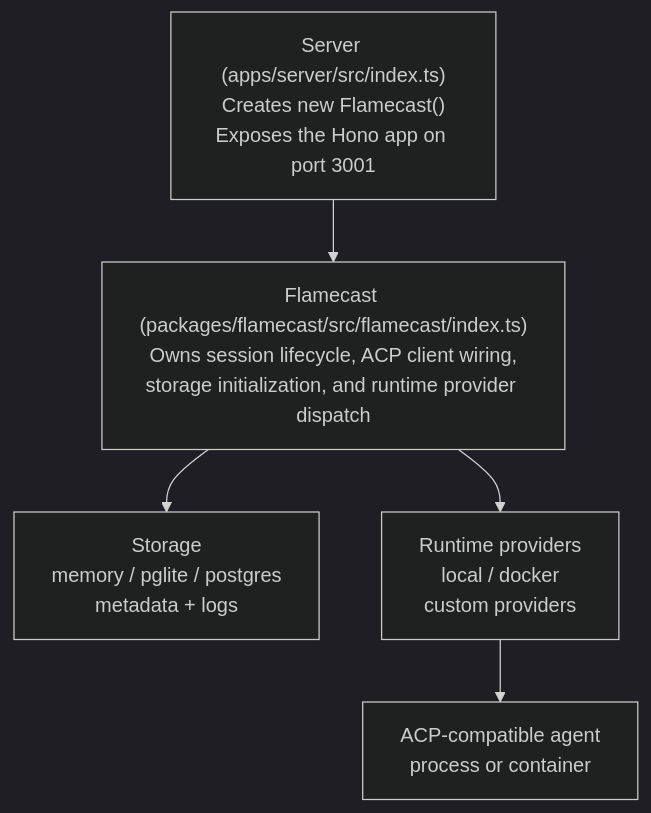
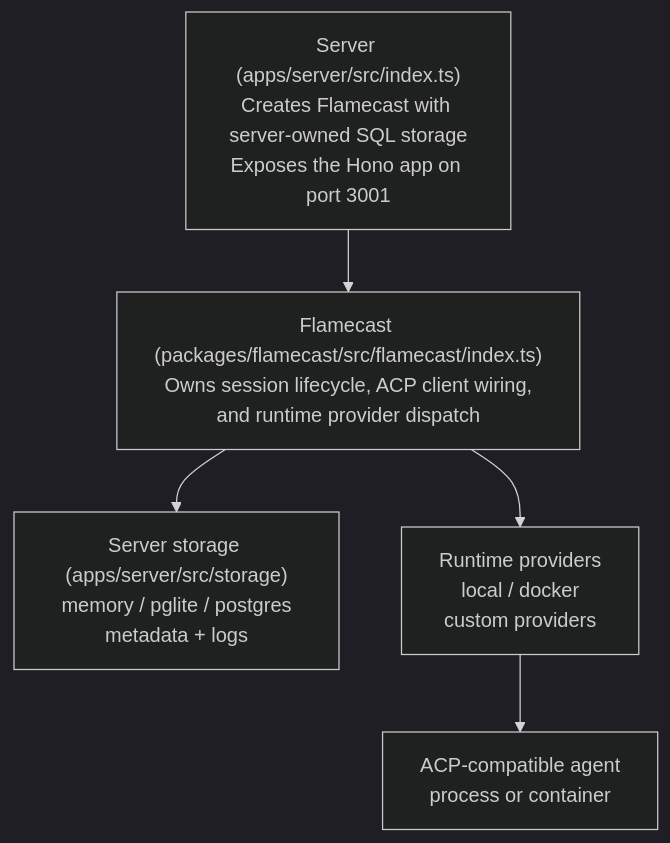
One commit to smithery-ai/flamecast changed the first of 2 diagrams in README.md. Above: the diagram before and after it, drawn with Mermaid (dark theme). The commit also changed other lines of this file and 31 other files, not shown here.

Commit message:
refactor: move persistent storage bootstrap into server app

````diff
--- a/README.md
+++ b/README.md
@@ -35,13 +35,13 @@
 ```mermaid
 graph TD
-    A["Server (apps/server/src/index.ts)<br/>Creates new Flamecast()<br/>Exposes the Hono app on port 3001"]
-    B["Flamecast (packages/flamecast/src/flamecast/index.ts)<br/>Owns session lifecycle, ACP client wiring,<br/>storage initialization, and runtime provider dispatch"]
-    C["Storage<br/>memory / pglite / postgres<br/>metadata + logs"]
+    A["Server (apps/server/src/index.ts)<br/>Creates Flamecast with server-owned SQL storage<br/>Exposes the Hono app on port 3001"]
+    B["Flamecast (packages/flamecast/src/flamecast/index.ts)<br/>Owns session lifecycle, ACP client wiring,<br/>and runtime provider dispatch"]
+    C["Server storage (apps/server/src/storage)<br/>memory / pglite / postgres<br/>metadata + logs"]
     D["Runtime providers<br/>local / docker<br/>custom providers"]
     E["ACP-compatible agent<br/>process or container"]
 
     A --> B
     B --> C
     B --> D
     D --> E
 ```
````
